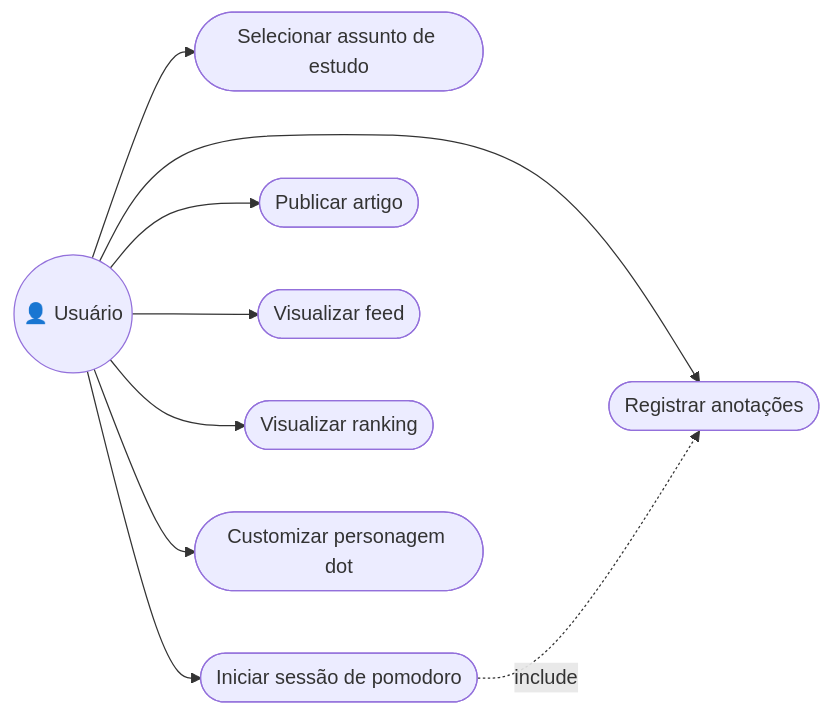
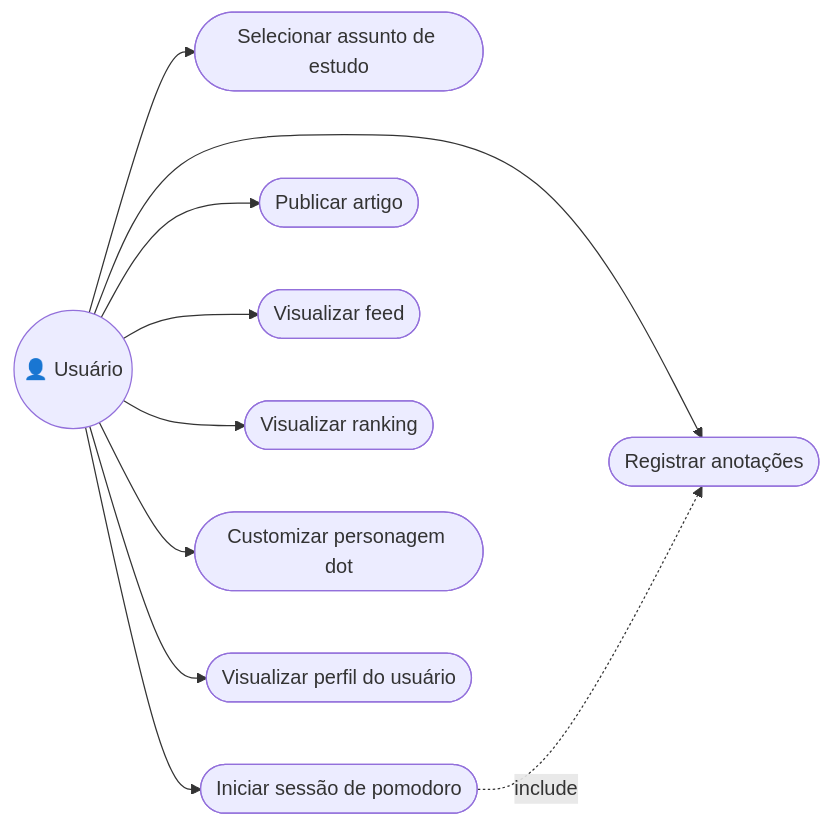
The second of 2 diagrams in docs/04-modelagem-uml.md (lucvs07/dot-study), drawn with Mermaid before and after one commit. The commit also changed 3 other files, not shown here.

````diff
--- a/docs/04-modelagem-uml.md
+++ b/docs/04-modelagem-uml.md
@@ -70,20 +70,22 @@
 ```mermaid
 flowchart LR
     Usuario(("👤 Usuário"))
     UC1([Selecionar assunto de estudo])
     UC2([Iniciar sessão de pomodoro])
     UC3([Registrar anotações])
     UC4([Publicar artigo])
     UC5([Visualizar feed])
     UC6([Visualizar ranking])
     UC7([Customizar personagem dot])
+    UC8([Visualizar perfil do usuário])
 
     Usuario --> UC1
     Usuario --> UC2
     Usuario --> UC3
     Usuario --> UC4
     Usuario --> UC5
     Usuario --> UC6
     Usuario --> UC7
+    Usuario --> UC8
     UC2 -. include .-> UC3
 ```
````
